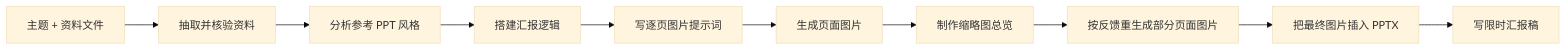
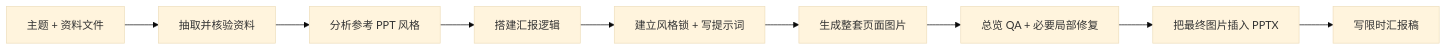
One commit to uuoov/ppt-image-share-builder changed the diagram in README.zh-CN.md. Above: the diagram before and after it, drawn with Mermaid (base theme). The commit also changed other lines of this file and 6 other files, not shown here.

````diff
--- a/README.zh-CN.md
+++ b/README.zh-CN.md
@@ -54,12 +54,11 @@
 ```mermaid
 flowchart LR
   A["主题 + 资料文件"] --> B["抽取并核验资料"]
   B --> C["分析参考 PPT 风格"]
   C --> D["搭建汇报逻辑"]
-  D --> E["写逐页图片提示词"]
-  E --> F["生成页面图片"]
-  F --> G["制作缩略图总览"]
-  G --> H["按反馈重生成部分页面图片"]
-  H --> I["把最终图片插入 PPTX"]
-  I --> J["写限时汇报稿"]
+  D --> E["建立风格锁 + 写提示词"]
+  E --> F["生成整套页面图片"]
+  F --> G["总览 QA + 必要局部修复"]
+  G --> H["把最终图片插入 PPTX"]
+  H --> I["写限时汇报稿"]
 ```
````
